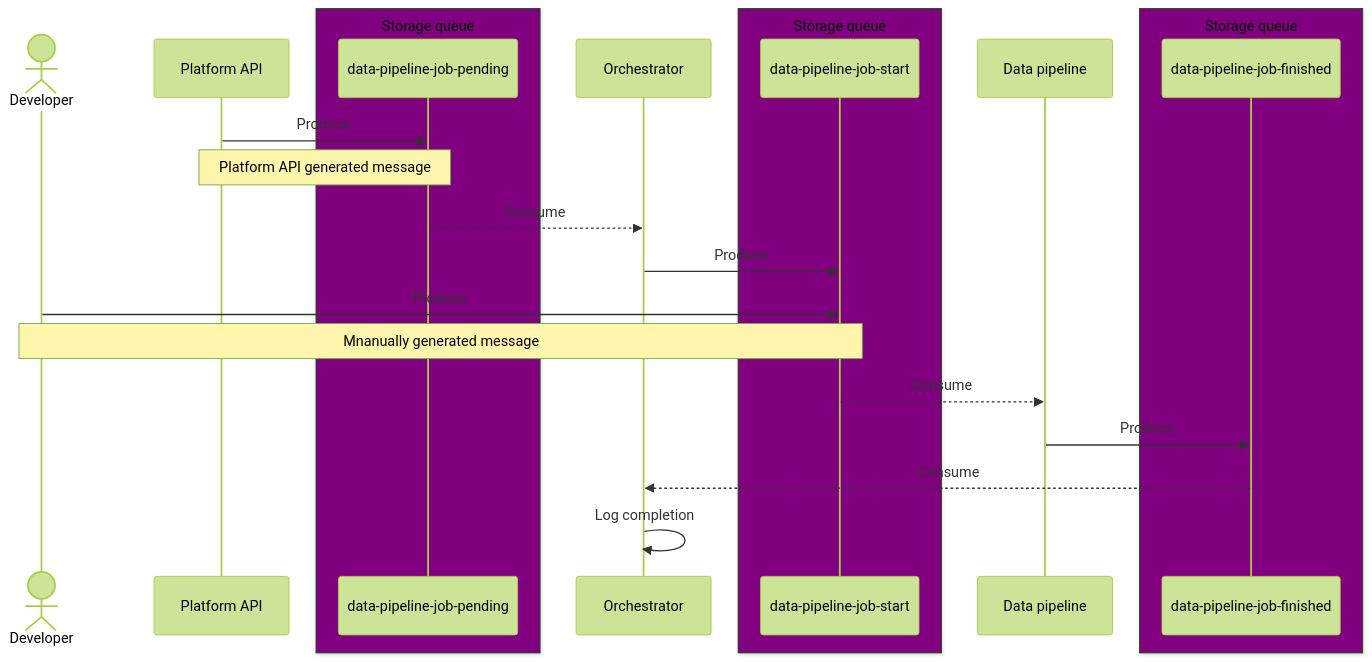
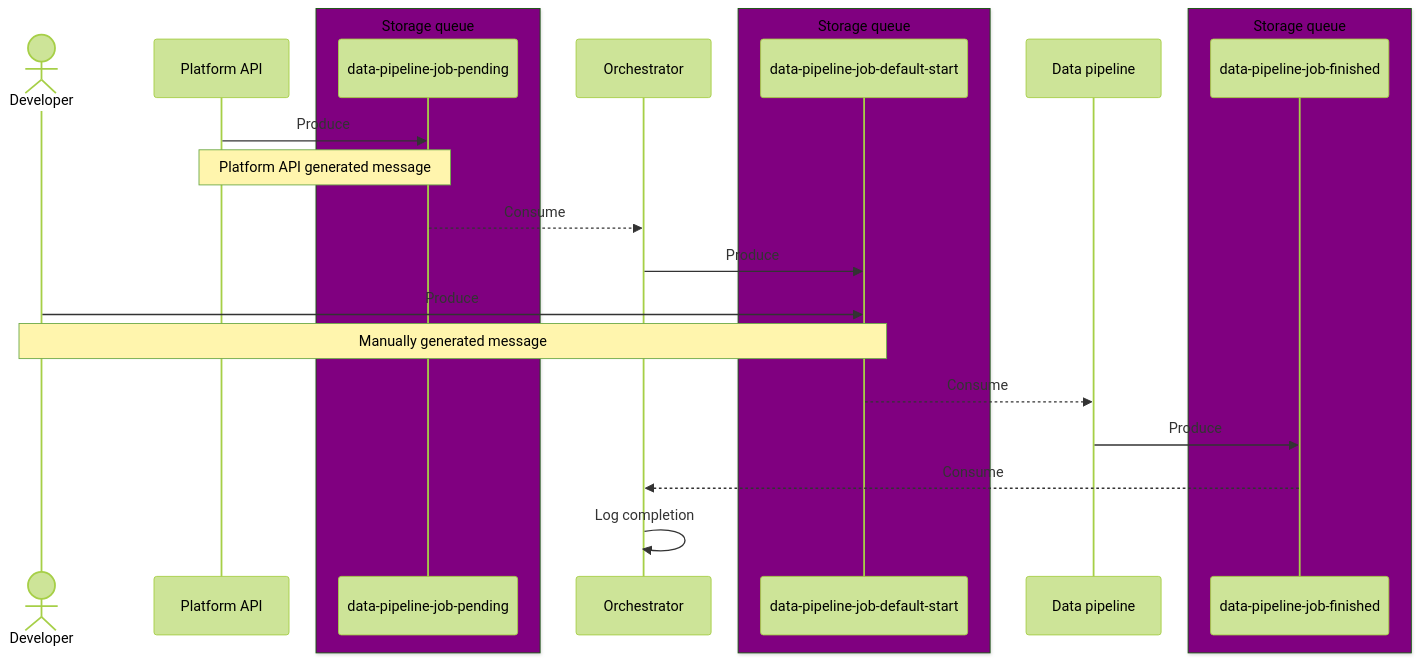
One commit to DFE-Digital/education-benchmarking-and-insights changed the diagram in documentation/features/6_Orchestrator.md. Above: the diagram before and after it, drawn with Mermaid (forest theme). The commit also changed 6 other files, not shown here.

````diff
--- a/documentation/features/6_Orchestrator.md
+++ b/documentation/features/6_Orchestrator.md
@@ -12,27 +12,27 @@
 ```mermaid
 sequenceDiagram
     accDescr: Message flow sequence
     Actor Developer
     participant Platform API
     box Purple Storage queue
     participant data-pipeline-job-pending
     end
     participant Orchestrator
     box Purple Storage queue
-    participant data-pipeline-job-start
+    participant data-pipeline-job-default-start
     end
     participant Data pipeline
     box Purple Storage queue    
     participant data-pipeline-job-finished
     end
     Platform API->>data-pipeline-job-pending: Produce
     Note over Platform API,data-pipeline-job-pending: Platform API generated message
     data-pipeline-job-pending-->>Orchestrator: Consume
-    Orchestrator->>data-pipeline-job-start: Produce
-    Developer->>data-pipeline-job-start: Produce
-    Note over Developer,data-pipeline-job-start: Mnanually generated message 
-    data-pipeline-job-start-->>Data pipeline: Consume
+    Orchestrator->>data-pipeline-job-default-start: Produce
+    Developer->>data-pipeline-job-default-start: Produce
+    Note over Developer,data-pipeline-job-default-start: Manually generated message 
+    data-pipeline-job-default-start-->>Data pipeline: Consume
     Data pipeline->>data-pipeline-job-finished: Produce
     data-pipeline-job-finished-->>Orchestrator: Consume
     Orchestrator->>Orchestrator: Log completion
 ```
````
